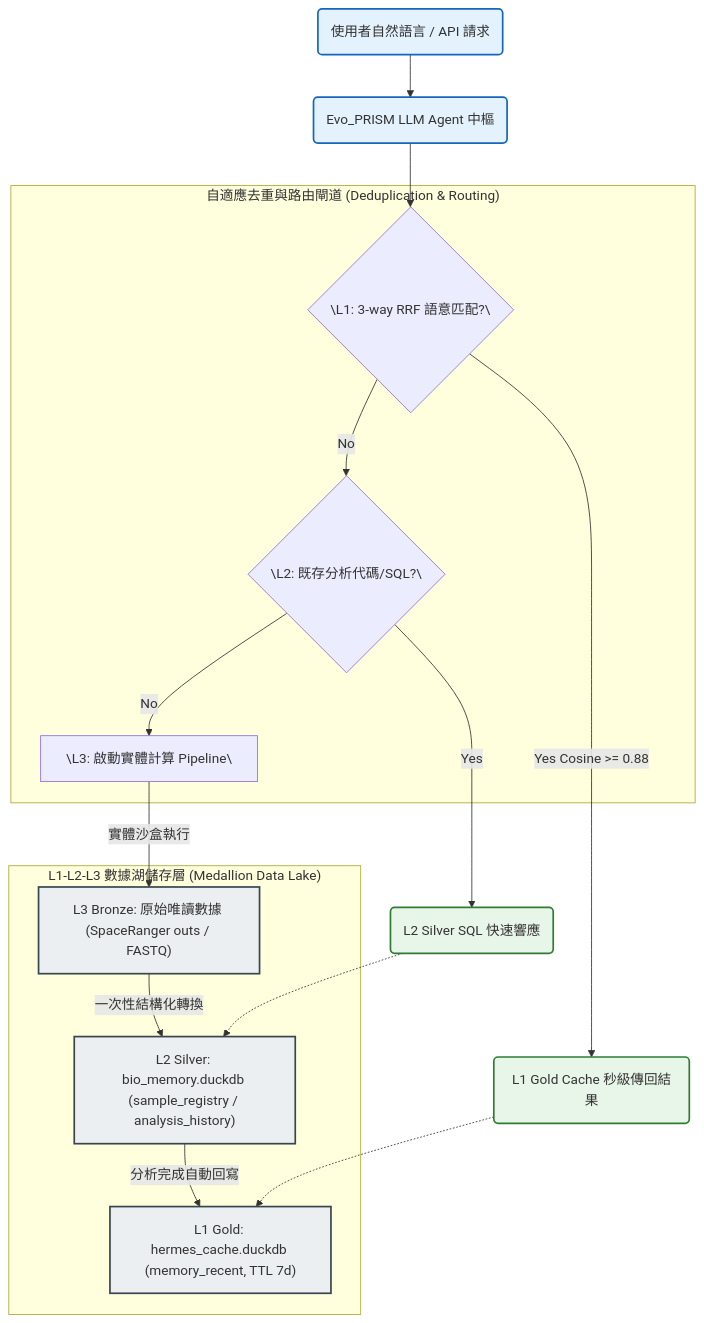
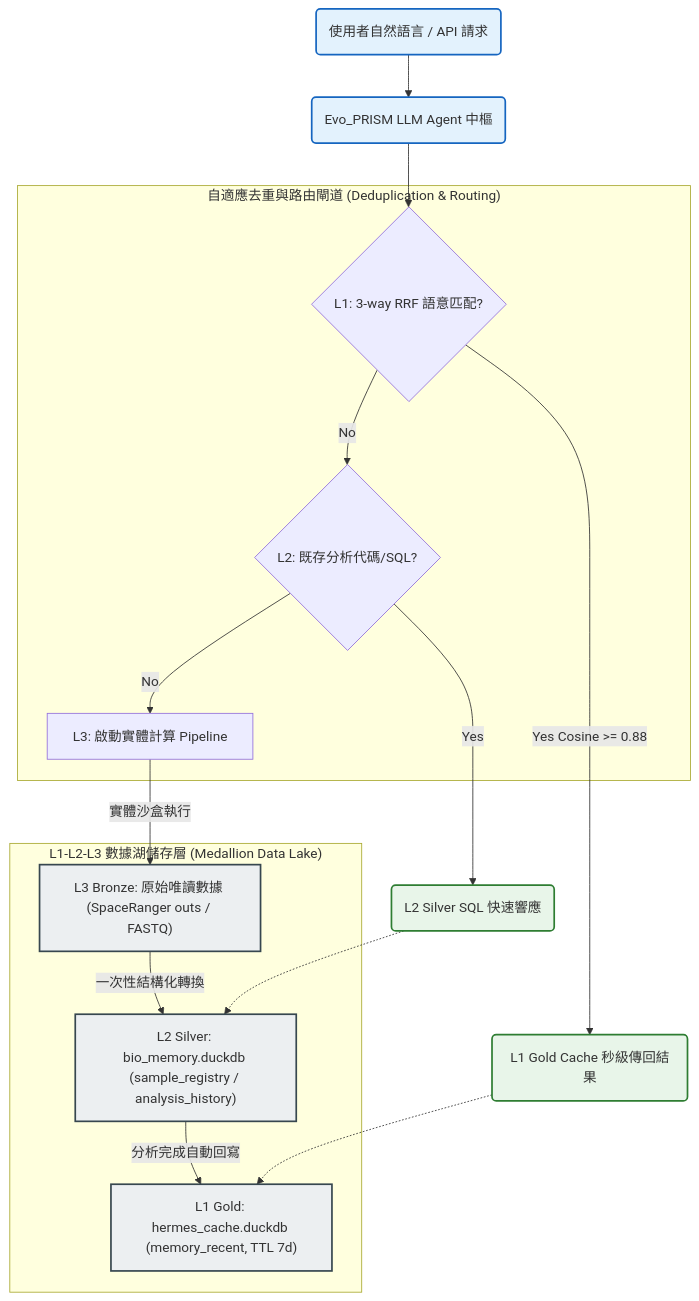
Before and after one commit to ddmanyes/Evo_PRISM: the diagram in docs/paper_draft.md, drawn with Mermaid.

Commit message:
docs: remove escaped backslashes from Mermaid gateway node labels

````diff
--- a/docs/paper_draft.md
+++ b/docs/paper_draft.md
@@ -48,35 +48,35 @@
 ```mermaid
 graph TD
     %% 定義配色
     classDef entry fill:#e3f2fd,stroke:#1565c0,stroke-width:2px;
     classDef lake fill:#eceff1,stroke:#37474f,stroke-width:2px;
     classDef core fill:#e8f5e9,stroke:#2e7d32,stroke-width:2px;
     
     Q("使用者自然語言 / API 請求"):::entry --> Agent("Evo_PRISM LLM Agent 中樞"):::entry
     
     subgraph Gateway["自適應去重與路由閘道 (Deduplication & Routing)"]
-        r1{"\"L1: 3-way RRF 語意匹配?\""}
-        r2{"\"L2: 既存分析代碼/SQL?\""}
-        r3["\"L3: 啟動實體計算 Pipeline\""]
+        r1{"L1: 3-way RRF 語意匹配?"}
+        r2{"L2: 既存分析代碼/SQL?"}
+        r3["L3: 啟動實體計算 Pipeline"]
     end
     
     Agent --> r1
     r1 -->|Yes Cosine >= 0.88| L1_Hit("L1 Gold Cache 秒級傳回結果"):::core
     r1 -->|No| r2
     
     r2 -->|Yes| L2_Hit("L2 Silver SQL 快速響應"):::core
     r2 -->|No| r3
     
     subgraph Lakehouse["L1-L2-L3 數據湖儲存層 (Medallion Data Lake)"]
         L1["L1 Gold: hermes_cache.duckdb (memory_recent, TTL 7d)"]:::lake
         L2["L2 Silver: bio_memory.duckdb (sample_registry / analysis_history)"]:::lake
         L3["L3 Bronze: 原始唯讀數據 (SpaceRanger outs / FASTQ)"]:::lake
     end
     
     r3 -->|"實體沙盒執行"| L3
     L3 -->|"一次性結構化轉換"| L2
     L2 -->|"分析完成自動回寫"| L1
     
     L1_Hit -.-> L1
     L2_Hit -.-> L2
 ```
````
